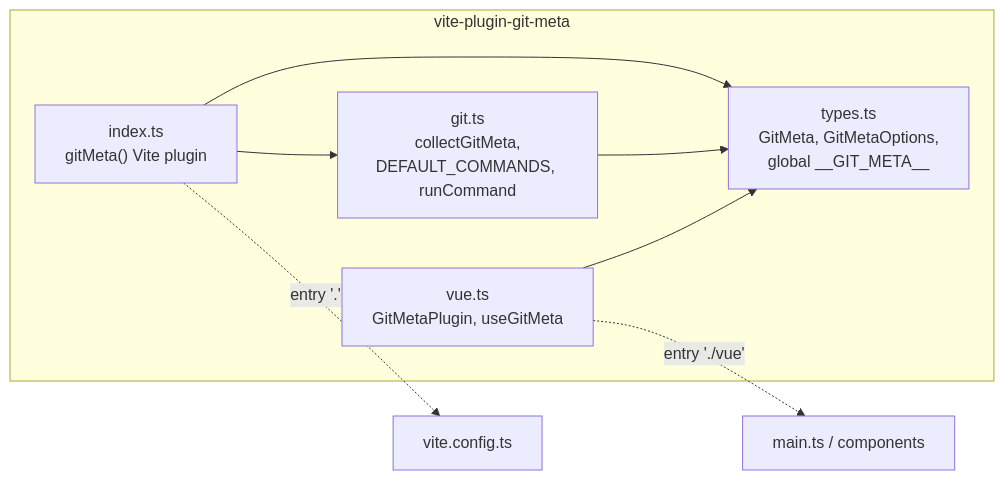
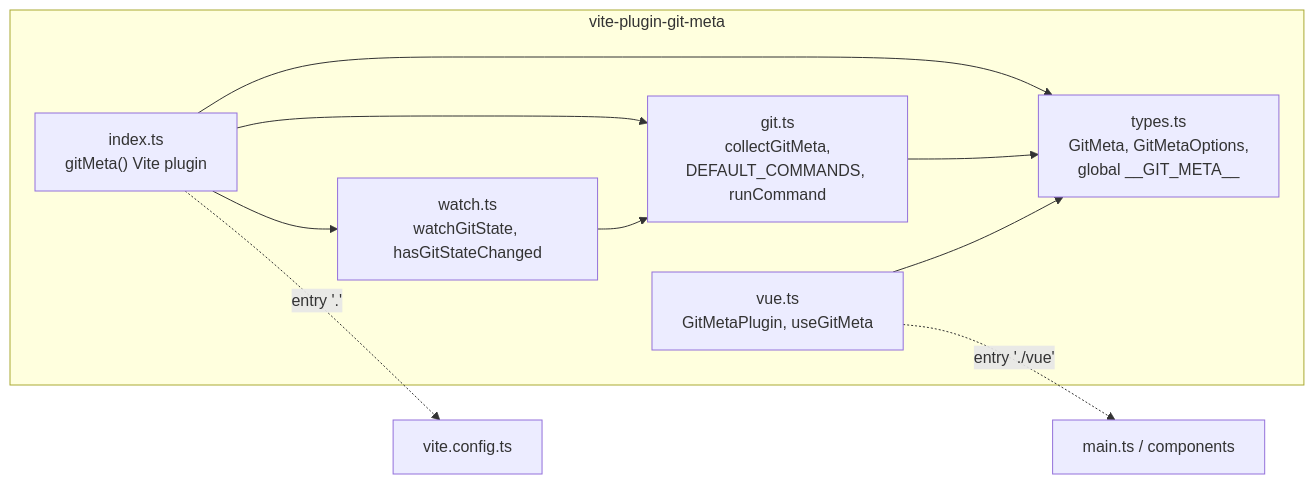
Before and after one commit to CheeseGrinder/vite-plugin-git-meta: the first of 4 diagrams in docs/specs/architecture.md, drawn with Mermaid. The commit also changed other lines of this file and 17 other files, not shown here.

````diff
--- a/docs/specs/architecture.md
+++ b/docs/specs/architecture.md
@@ -5,17 +5,20 @@
 ```mermaid
 flowchart LR
   subgraph package["vite-plugin-git-meta"]
     types["types.ts<br/>GitMeta, GitMetaOptions,<br/>global __GIT_META__"]
     git["git.ts<br/>collectGitMeta,<br/>DEFAULT_COMMANDS, runCommand"]
     index["index.ts<br/>gitMeta() Vite plugin"]
+    watch["watch.ts<br/>watchGitState, hasGitStateChanged"]
     vue["vue.ts<br/>GitMetaPlugin, useGitMeta"]
   end
 
   index --> git
+  index --> watch
+  watch --> git
   index --> types
   git --> types
   vue --> types
 
   index -. "entry '.'" .-> consumerVite["vite.config.ts"]
   vue -. "entry './vue'" .-> consumerApp["main.ts / components"]
 ```
````
